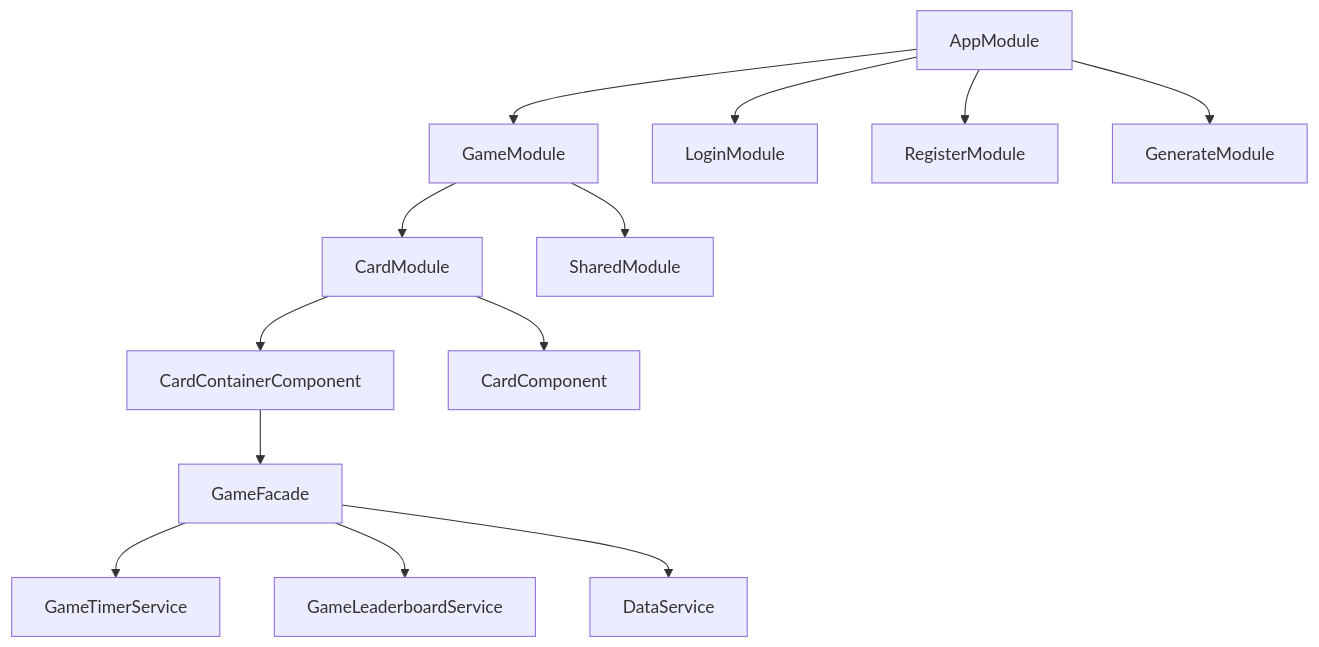
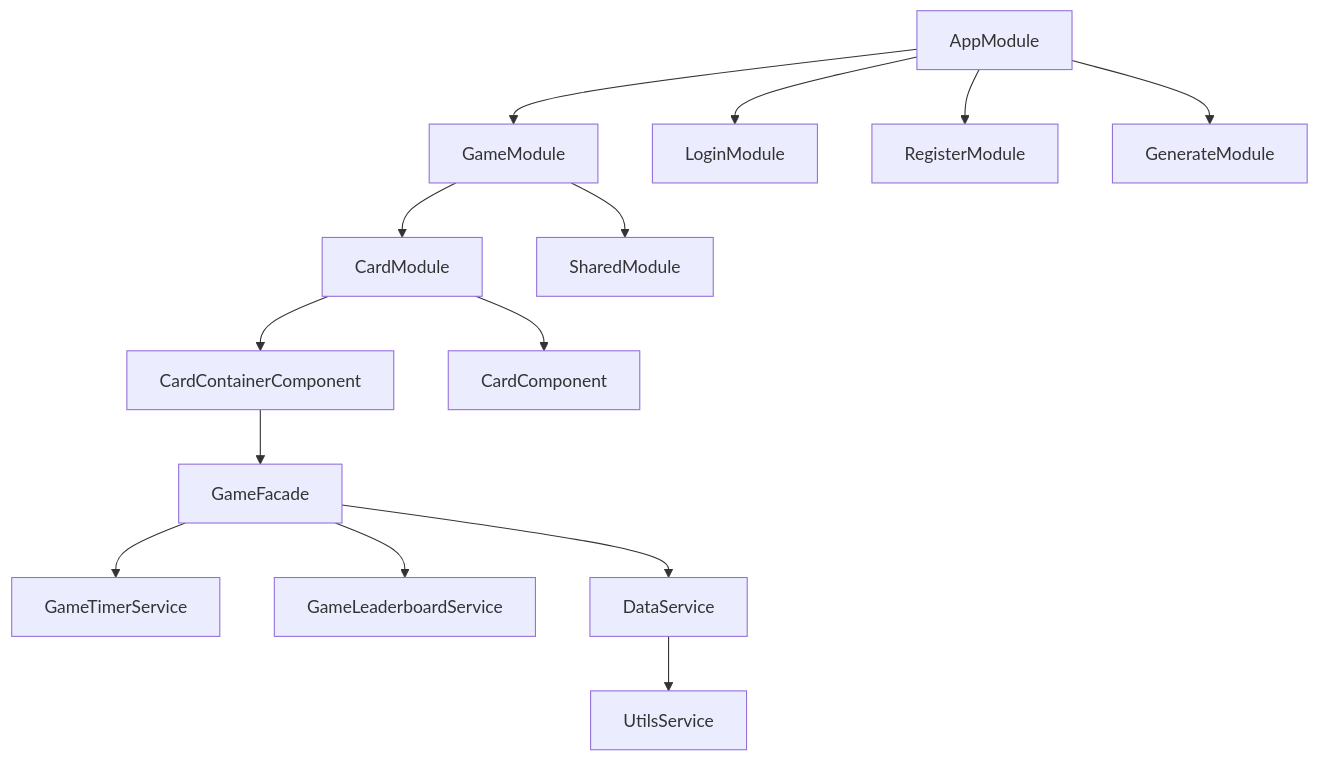
One commit to javitid/cards changed the fourth of 4 diagrams in docs/arquitectura-aplicacion.md. Above: the diagram before and after it, drawn with Mermaid. The commit also changed other lines of this file and 22 other files, not shown here.

````diff
--- a/docs/arquitectura-aplicacion.md
+++ b/docs/arquitectura-aplicacion.md
@@ -155,18 +245,19 @@
 ```mermaid
 flowchart TB
     App[AppModule] --> GameModule
     App --> LoginModule
     App --> RegisterModule
     App --> GenerateModule
 
     GameModule --> CardModule
     GameModule --> SharedModule
 
     CardModule --> CardContainer[CardContainerComponent]
     CardModule --> Card[CardComponent]
 
     CardContainer --> GameFacade
     GameFacade --> GameTimerService
     GameFacade --> GameLeaderboardService
     GameFacade --> DataService
+    DataService --> UtilsService
 ```
````
